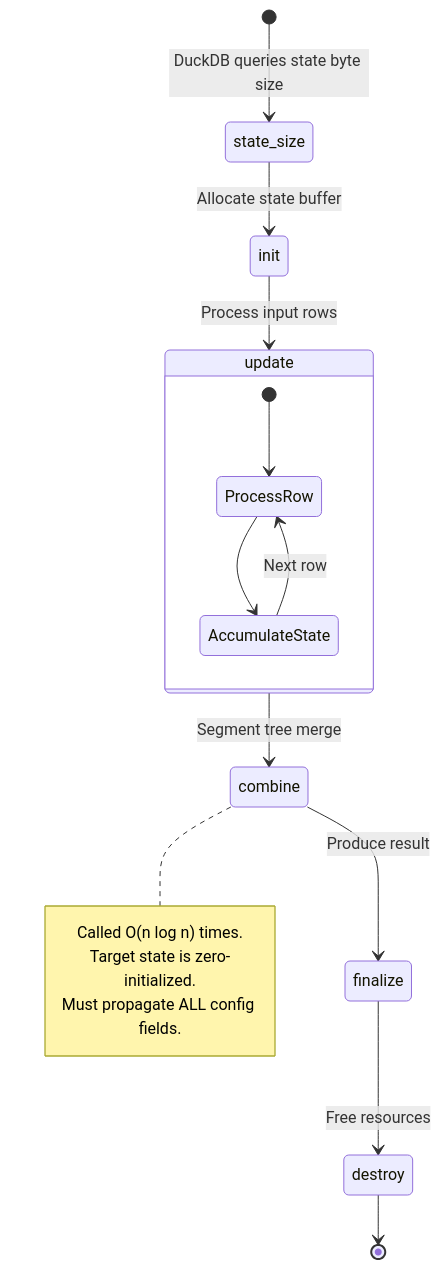
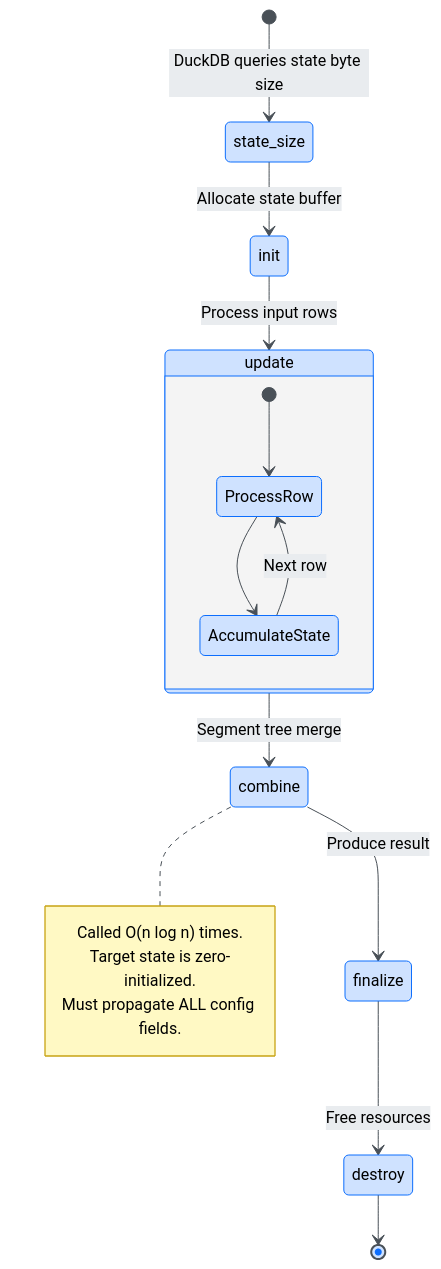
One commit to tomtom215/duckdb-behavioral changed the third of 4 diagrams in docs/src/engineering.md. Above: the diagram before and after it, drawn with Mermaid. The commit also changed other lines of this file and 10 other files, not shown here.

````diff
--- a/docs/src/engineering.md
+++ b/docs/src/engineering.md
@@ -314,24 +316,25 @@
 ```mermaid
+%%{init: {'theme': 'base', 'themeVariables': {'primaryColor': '#cfe2ff', 'primaryTextColor': '#000000', 'primaryBorderColor': '#0d6efd', 'lineColor': '#495057', 'secondaryColor': '#e9ecef', 'tertiaryColor': '#dee2e6', 'textColor': '#000000', 'noteBkgColor': '#fff9c4', 'noteTextColor': '#000000', 'noteBorderColor': '#c8a415', 'labelTextColor': '#000000', 'transitionColor': '#495057'}}}%%
 stateDiagram-v2
     [*] --> state_size: DuckDB queries state byte size
 
     state_size --> init: Allocate state buffer
     init --> update: Process input rows
 
     state "update" as update {
         [*] --> ProcessRow
         ProcessRow --> AccumulateState
         AccumulateState --> ProcessRow: Next row
     }
 
     update --> combine: Segment tree merge
     note right of combine
         Called O(n log n) times.
         Target state is zero-initialized.
         Must propagate ALL config fields.
     end note
 
     combine --> finalize: Produce result
     finalize --> destroy: Free resources
     destroy --> [*]
 ```
````
